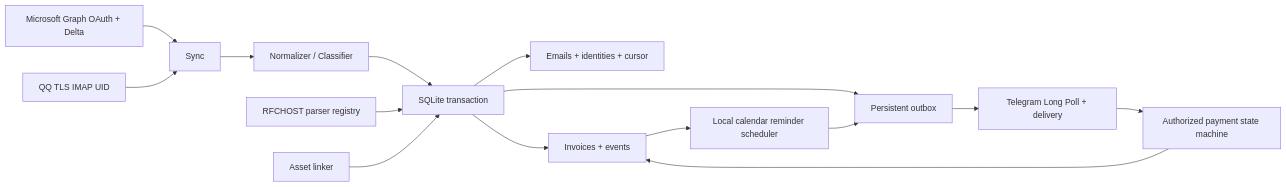
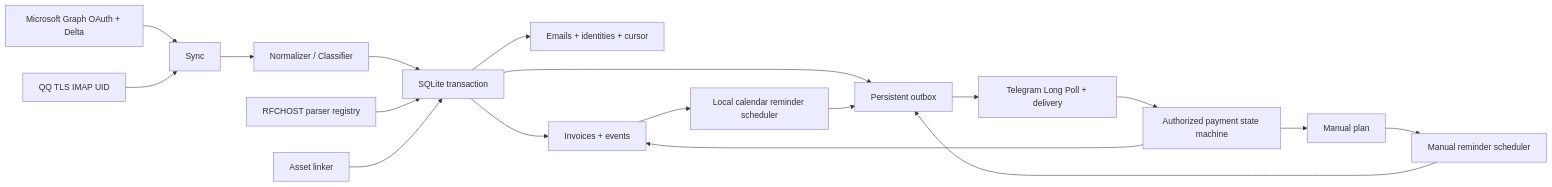
The diagram in docs/architecture.md (Flyinsky2004/Email-Invoice-Guard), drawn with Mermaid before and after one commit. The commit also changed other lines of this file and 11 other files, not shown here.

Commit message:
feat(core): freeze manual reminder contract and plan T09-T13

````diff
--- a/docs/architecture.md
+++ b/docs/architecture.md
@@ -5,17 +5,20 @@
 ```mermaid
 flowchart LR
  MS[Microsoft Graph OAuth + Delta] --> Sync
  QQ[QQ TLS IMAP UID] --> Sync
  Sync --> Normalize[Normalizer / Classifier]
  Normalize --> TX[SQLite transaction]
  Parser[RFCHOST parser registry] --> TX
  Assets[Asset linker] --> TX
  TX --> Emails[Emails + identities + cursor]
  TX --> Inv[Invoices + events]
  TX --> Outbox[Persistent outbox]
  Inv --> Reminder[Local calendar reminder scheduler]
  Reminder --> Outbox
+ Manual[Manual plan] --> MSched[Manual reminder scheduler]
+ MSched --> Outbox
  Outbox --> TG[Telegram Long Poll + delivery]
  TG --> Payment[Authorized payment state machine]
  Payment --> Inv
+ Payment --> Manual
 ```
````
